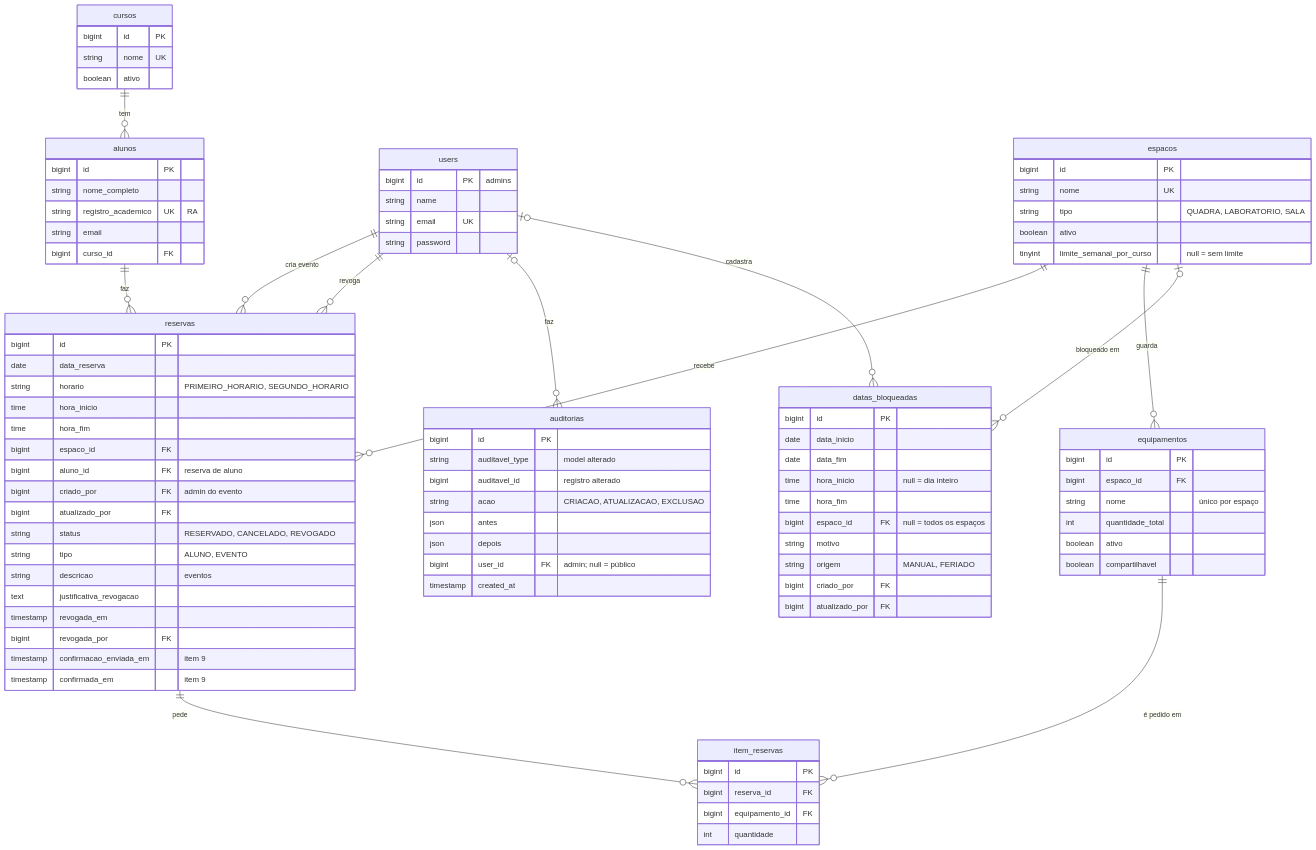
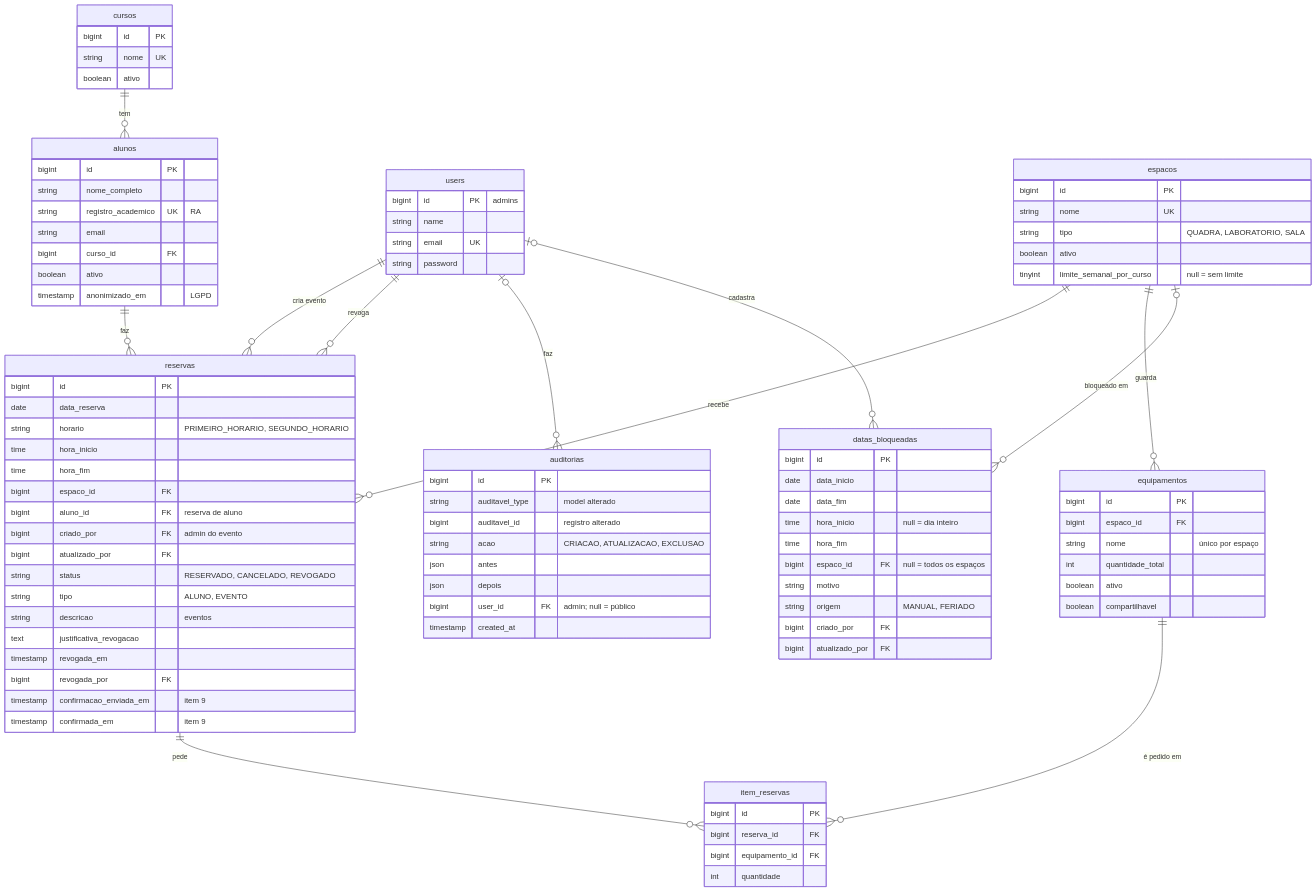
Before and after one commit to ericjunq/reserva-quadra: the diagram in DATABASE.md, drawn with Mermaid. The commit also changed other lines of this file and 3 other files, not shown here.

```diff
--- a/DATABASE.md
+++ b/DATABASE.md
@@ -36,6 +36,8 @@
         string registro_academico UK "RA"
         string email
         bigint curso_id FK
+        boolean ativo
+        timestamp anonimizado_em "LGPD"
     }
 
     users {
```
